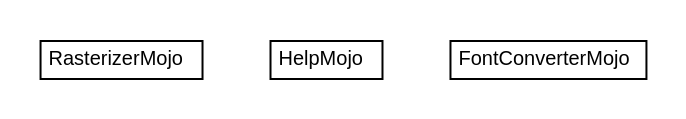
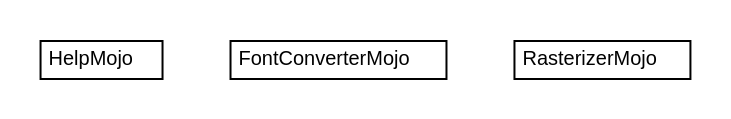
One commit to trajano/batik-maven-plugin changed the diagram in apidocs/net/trajano/mojo/batik/net.trajano.mojo.batik.dot. Above: the diagram before and after it, drawn with Graphviz. The commit also changed 146 other files, not shown here.

```diff
--- a/apidocs/net/trajano/mojo/batik/net.trajano.mojo.batik.dot
+++ b/apidocs/net/trajano/mojo/batik/net.trajano.mojo.batik.dot
@@ -1,30 +1,30 @@
 #!/usr/local/bin/dot
 #
 # Class diagram 
 # Generated by UMLGraph version R5_6-24-gf6e263 (http://www.umlgraph.org/)
 #
 
 digraph G {
-	edge [fontname="arial",fontsize=10,labelfontname="arial",labelfontsize=10];
-	node [fontname="arial",fontsize=10,shape=plaintext];
+	edge [fontname="Helvetica",fontsize=10,labelfontname="Helvetica",labelfontsize=10];
+	node [fontname="Helvetica",fontsize=10,shape=plaintext];
 	nodesep=0.25;
 	ranksep=0.5;
+	// net.trajano.mojo.batik.HelpMojo
+	c0 [label=<<table title="net.trajano.mojo.batik.HelpMojo" border="0" cellborder="1" cellspacing="0" cellpadding="2" port="p" href="./HelpMojo.html">
+		<tr><td><table border="0" cellspacing="0" cellpadding="1">
+<tr><td align="center" balign="center"> HelpMojo </td></tr>
+		</table></td></tr>
+		</table>>, URL="./HelpMojo.html", fontname="Helvetica", fontcolor="black", fontsize=10.0];
+	// net.trajano.mojo.batik.FontConverterMojo
+	c1 [label=<<table title="net.trajano.mojo.batik.FontConverterMojo" border="0" cellborder="1" cellspacing="0" cellpadding="2" port="p" href="./FontConverterMojo.html">
+		<tr><td><table border="0" cellspacing="0" cellpadding="1">
+<tr><td align="center" balign="center"> FontConverterMojo </td></tr>
+		</table></td></tr>
+		</table>>, URL="./FontConverterMojo.html", fontname="Helvetica", fontcolor="black", fontsize=10.0];
 	// net.trajano.mojo.batik.RasterizerMojo
-	c0 [label=<<table title="net.trajano.mojo.batik.RasterizerMojo" border="0" cellborder="1" cellspacing="0" cellpadding="2" port="p" href="./RasterizerMojo.html">
+	c2 [label=<<table title="net.trajano.mojo.batik.RasterizerMojo" border="0" cellborder="1" cellspacing="0" cellpadding="2" port="p" href="./RasterizerMojo.html">
 		<tr><td><table border="0" cellspacing="0" cellpadding="1">
 <tr><td align="center" balign="center"> RasterizerMojo </td></tr>
 		</table></td></tr>
-		</table>>, URL="./RasterizerMojo.html", fontname="arial", fontcolor="black", fontsize=10.0];
-	// net.trajano.mojo.batik.HelpMojo
-	c1 [label=<<table title="net.trajano.mojo.batik.HelpMojo" border="0" cellborder="1" cellspacing="0" cellpadding="2" port="p" href="./HelpMojo.html">
-		<tr><td><table border="0" cellspacing="0" cellpadding="1">
-<tr><td align="center" balign="center"> HelpMojo </td></tr>
-		</table></td></tr>
-		</table>>, URL="./HelpMojo.html", fontname="arial", fontcolor="black", fontsize=10.0];
-	// net.trajano.mojo.batik.FontConverterMojo
-	c2 [label=<<table title="net.trajano.mojo.batik.FontConverterMojo" border="0" cellborder="1" cellspacing="0" cellpadding="2" port="p" href="./FontConverterMojo.html">
-		<tr><td><table border="0" cellspacing="0" cellpadding="1">
-<tr><td align="center" balign="center"> FontConverterMojo </td></tr>
-		</table></td></tr>
-		</table>>, URL="./FontConverterMojo.html", fontname="arial", fontcolor="black", fontsize=10.0];
+		</table>>, URL="./RasterizerMojo.html", fontname="Helvetica", fontcolor="black", fontsize=10.0];
 }
```
